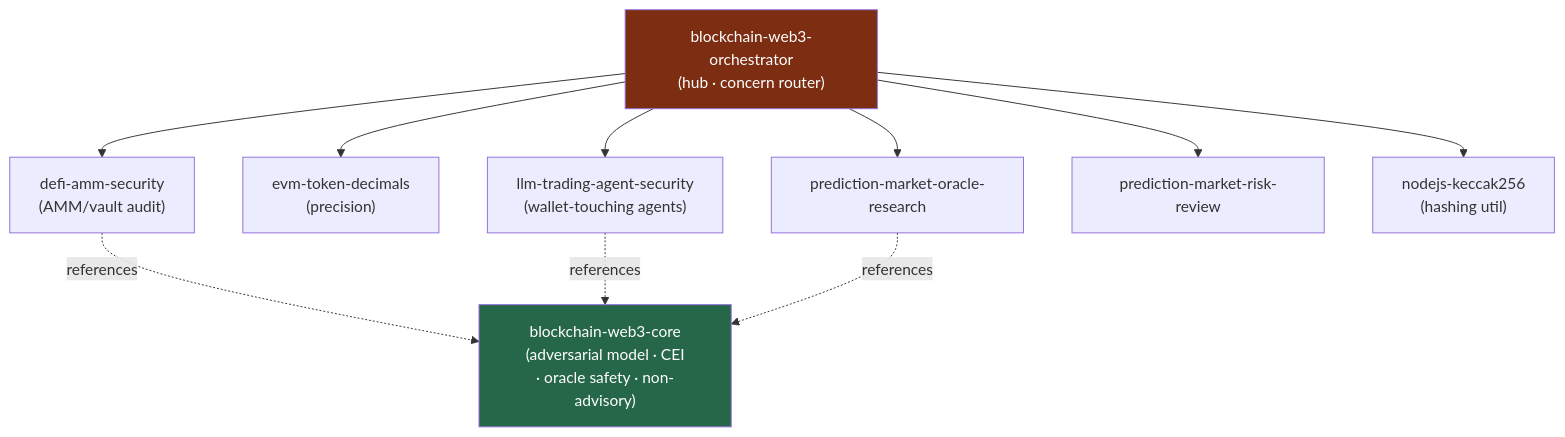
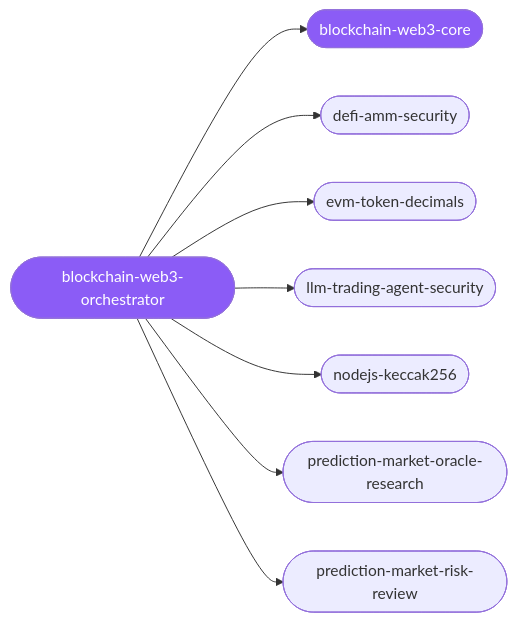
The diagram in clusters/blockchain-web3/README.md (Sheshiyer/skill-clusters), drawn with Mermaid before and after one commit. The commit also changed other lines of this file and 44 other files, not shown here.

````diff
--- a/clusters/blockchain-web3/README.md
+++ b/clusters/blockchain-web3/README.md
@@ -29,16 +18,11 @@
 ```mermaid
-graph TD
-    O["blockchain-web3-orchestrator<br/>(hub · concern router)"]
-    O --> AMM["defi-amm-security<br/>(AMM/vault audit)"]
-    O --> DEC["evm-token-decimals<br/>(precision)"]
-    O --> AGT["llm-trading-agent-security<br/>(wallet-touching agents)"]
-    O --> ORC["prediction-market-oracle-research"]
-    O --> RISK["prediction-market-risk-review"]
-    O --> HASH["nodejs-keccak256<br/>(hashing util)"]
-    AMM -. references .-> C["blockchain-web3-core<br/>(adversarial model · CEI<br/>· oracle safety · non-advisory)"]
-    AGT -. references .-> C
-    ORC -. references .-> C
-
-    style O fill:#7c2d12,color:#fff
-    style C fill:#276749,color:#fff
+graph LR
+  o([blockchain-web3-orchestrator]):::hub --> c([blockchain-web3-core]):::hub
+  o --> s1([defi-amm-security])
+  o --> s2([evm-token-decimals])
+  o --> s3([llm-trading-agent-security])
+  o --> s4([nodejs-keccak256])
+  o --> s5([prediction-market-oracle-research])
+  o --> s6([prediction-market-risk-review])
+  classDef hub fill:#8b5cf6,color:#fff;
 ```
````
